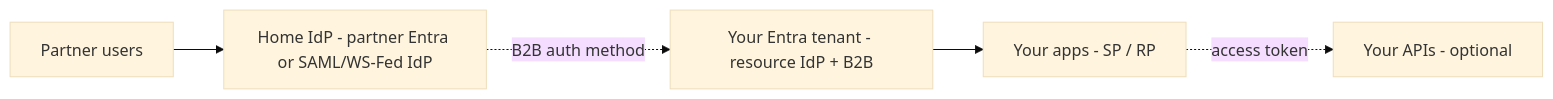
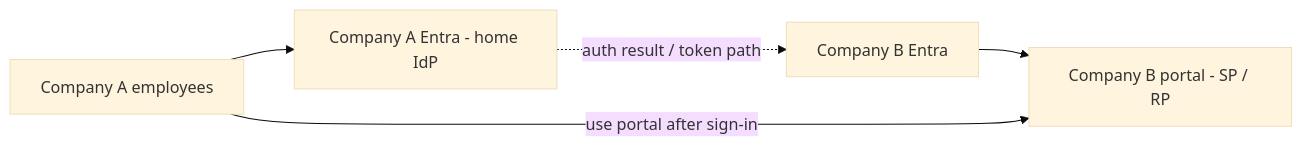
The second of 4 diagrams in docs/05-cross-federation.md (jetri/sso-landscape), drawn with Mermaid (base theme) before and after one commit. The commit also changed other lines of this file and 4 other files, not shown here.

First line of the commit message:
Reframe cross-federation around Company A to Company B portal.

````diff
--- a/docs/05-cross-federation.md
+++ b/docs/05-cross-federation.md
@@ -30,13 +63,12 @@
 ```mermaid
 flowchart LR
-  PU[Partner users]
-  Home[Home IdP - partner Entra or SAML/WS-Fed IdP]
-  YourE[Your Entra tenant - resource IdP + B2B]
-  APP[Your apps - SP / RP]
-  API[Your APIs - optional]
+  Emp[Company A employees]
+  A[Company A Entra - home IdP]
+  B[Company B Entra]
+  Portal[Company B portal - SP / RP]
 
-  PU --> Home
-  Home -.->|B2B auth method| YourE
-  YourE --> APP
-  APP -.->|access token| API
+  Emp --> A
+  A -.->|auth result / token path| B
+  B --> Portal
+  Emp -->|use portal after sign-in| Portal
 ```
````
